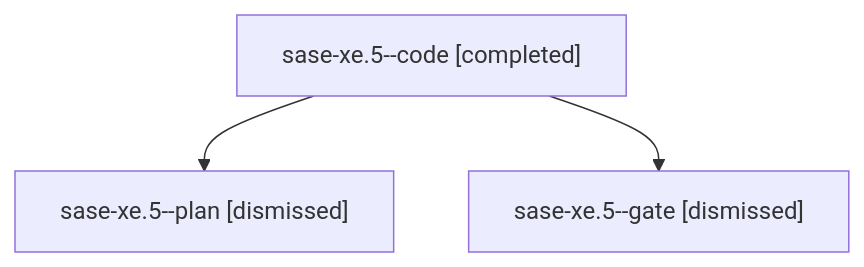
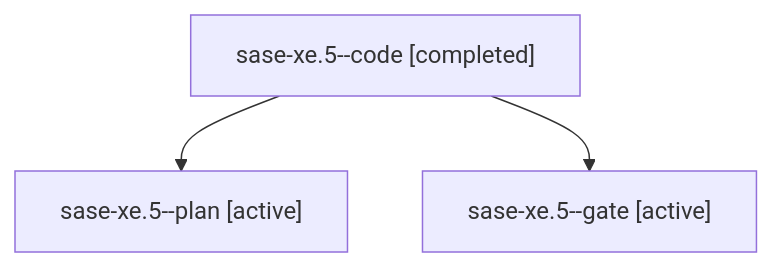
One commit to sase-org/sase--agents changed the diagram in families/bbugyi200.athena.sase-xe.5.md. Above: the diagram before and after it, drawn with Mermaid. The commit also changed other lines of this file and 35830 other files, not shown here.

````diff
--- a/families/bbugyi200.athena.sase-xe.5.md
+++ b/families/bbugyi200.athena.sase-xe.5.md
@@ -9,8 +9,8 @@
 ```mermaid
 flowchart TD
   n0["sase-xe.5--code [completed]"]
-  n1["sase-xe.5--plan [dismissed]"]
+  n1["sase-xe.5--plan [active]"]
   n0 --> n1
-  n2["sase-xe.5--gate [dismissed]"]
+  n2["sase-xe.5--gate [active]"]
   n0 --> n2
 ```
````
